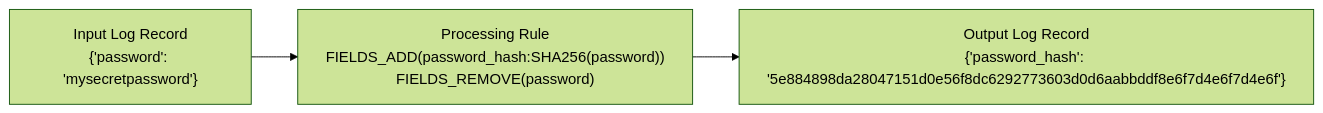
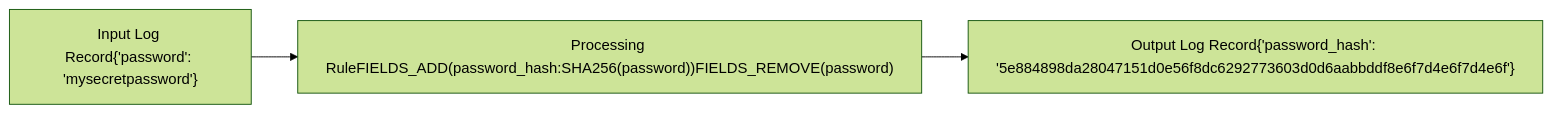
One commit to Marc-Nueno-Montolio/EC_onsite changed diagram 12 of 18 in app/courses/01-log-monitoring/sections/05-create-log-processing-rules/content.md. Above: the diagram before and after it, drawn with Mermaid (forest theme). The commit also changed other lines of this file and 7 other files, not shown here.

````diff
--- a/app/courses/01-log-monitoring/sections/05-create-log-processing-rules/content.md
+++ b/app/courses/01-log-monitoring/sections/05-create-log-processing-rules/content.md
@@ -165,6 +171,6 @@
-	```mermaid
-	graph LR
-	    id1["Input Log Record<br>{'password': 'mysecretpassword'}"] -->
-	    id2["Processing Rule<br>FIELDS_ADD(password_hash:SHA256(password))<br>FIELDS_REMOVE(password)"] -->
-	    id3["Output Log Record<br>{'password_hash': '5e884898da28047151d0e56f8dc6292773603d0d6aabbddf8e6f7d4e6f7d4e6f'}"]
-	```
+```mermaid
+graph LR
+	id1["Input Log Record{'password': 'mysecretpassword'}"] -->
+	id2["Processing RuleFIELDS_ADD(password_hash:SHA256(password))FIELDS_REMOVE(password)"] -->
+	id3["Output Log Record{'password_hash': '5e884898da28047151d0e56f8dc6292773603d0d6aabbddf8e6f7d4e6f7d4e6f'}"]
+```
````
